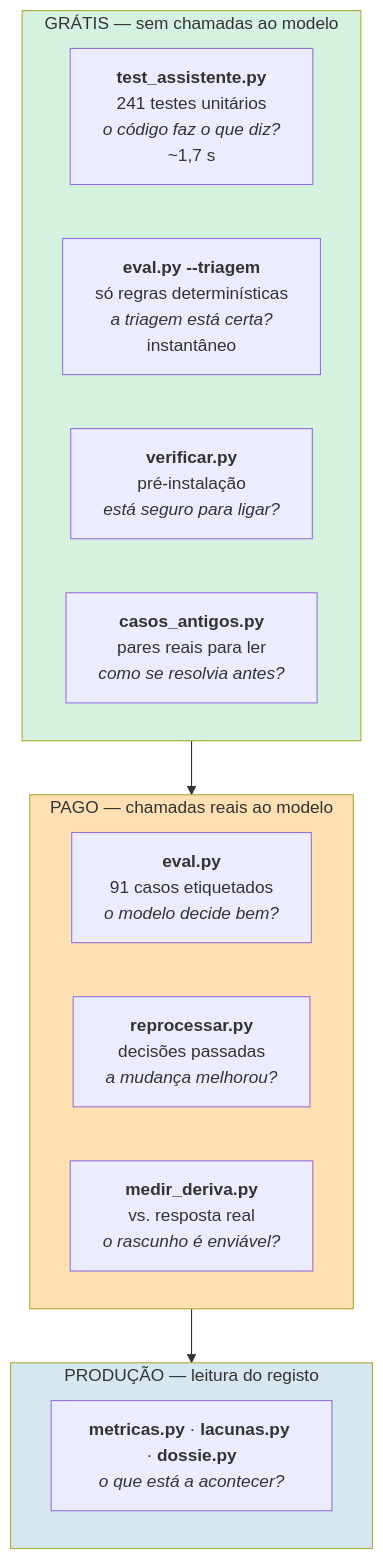
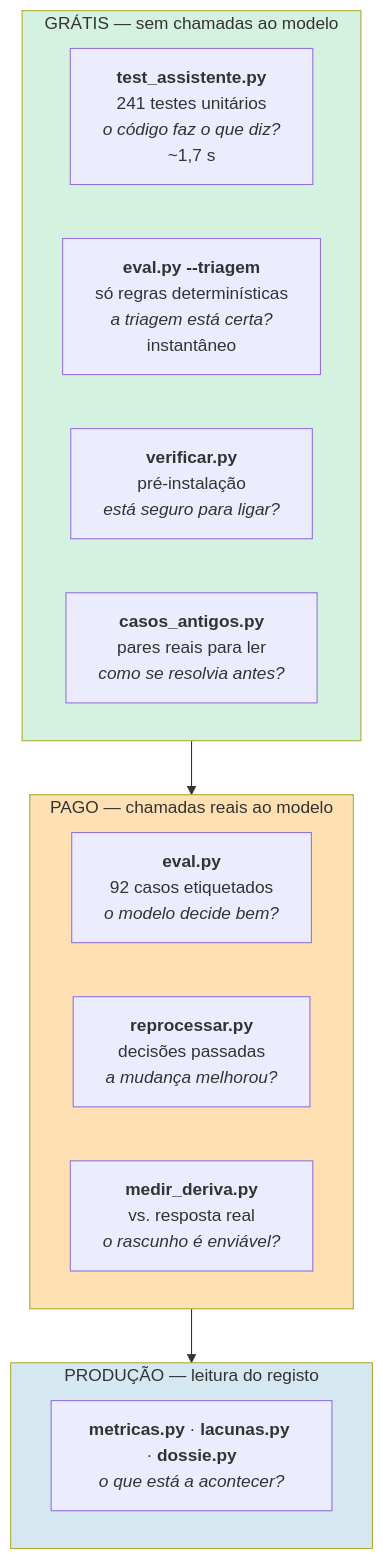
Before and after one commit to joaocarvalhini/Outlook-Reply-Assistant: the first of 3 diagrams in docs/05-reliability/qa.md, drawn with Mermaid. The commit also changed other lines of this file and 8 other files, not shown here.

````diff
--- a/docs/05-reliability/qa.md
+++ b/docs/05-reliability/qa.md
@@ -19,22 +19,22 @@
 ```mermaid
 flowchart TB
     subgraph G["GRÁTIS — sem chamadas ao modelo"]
         T1["<b>test_assistente.py</b><br/>241 testes unitários<br/><i>o código faz o que diz?</i><br/>~1,7 s"]
         T2["<b>eval.py --triagem</b><br/>só regras determinísticas<br/><i>a triagem está certa?</i><br/>instantâneo"]
         T3["<b>verificar.py</b><br/>pré-instalação<br/><i>está seguro para ligar?</i>"]
         T4["<b>casos_antigos.py</b><br/>pares reais para ler<br/><i>como se resolvia antes?</i>"]
     end
     subgraph P["PAGO — chamadas reais ao modelo"]
-        T5["<b>eval.py</b><br/>91 casos etiquetados<br/><i>o modelo decide bem?</i>"]
+        T5["<b>eval.py</b><br/>92 casos etiquetados<br/><i>o modelo decide bem?</i>"]
         T6["<b>reprocessar.py</b><br/>decisões passadas<br/><i>a mudança melhorou?</i>"]
         T7["<b>medir_deriva.py</b><br/>vs. resposta real<br/><i>o rascunho é enviável?</i>"]
     end
     subgraph PR["PRODUÇÃO — leitura do registo"]
         T8["<b>metricas.py</b> · <b>lacunas.py</b> · <b>dossie.py</b><br/><i>o que está a acontecer?</i>"]
     end
 
     G --> P --> PR
     style G fill:#d5f2e0
     style P fill:#ffe0b2
     style PR fill:#d5e8f2
 ```
````
